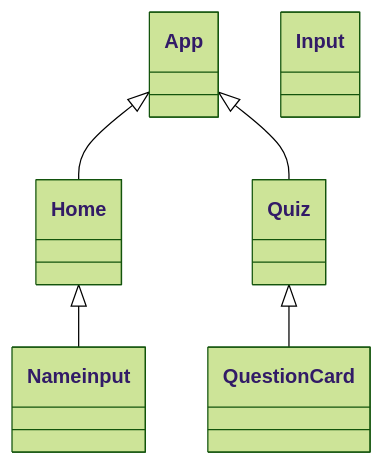
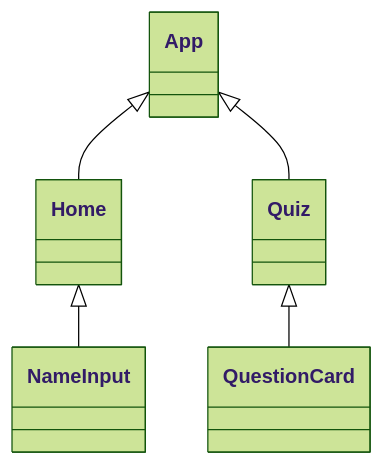
The diagram in src/diagrams/classDiagram.md (TheFullStackFred/fredrikstromberg-testing_typescipt-quiz_app), drawn with Mermaid (forest theme) before and after one commit.

Commit message:
started with classdiagram

````diff
--- a/src/diagrams/classDiagram.md
+++ b/src/diagrams/classDiagram.md
@@ -3,26 +3,26 @@
 ```mermaid
   classDiagram
     App <|-- Home
     App <|-- Quiz
     Quiz <|-- QuestionCard
-    Home <|-- Nameinput
+    Home <|-- NameInput
 
 
     class App {
 
     }
     class Home {
 
     }
     class Quiz {
 
     }
     class QuestionCard {
 
     }
-    class Input {
+    class NameInput {
 
     }
 
 
 ```
````
